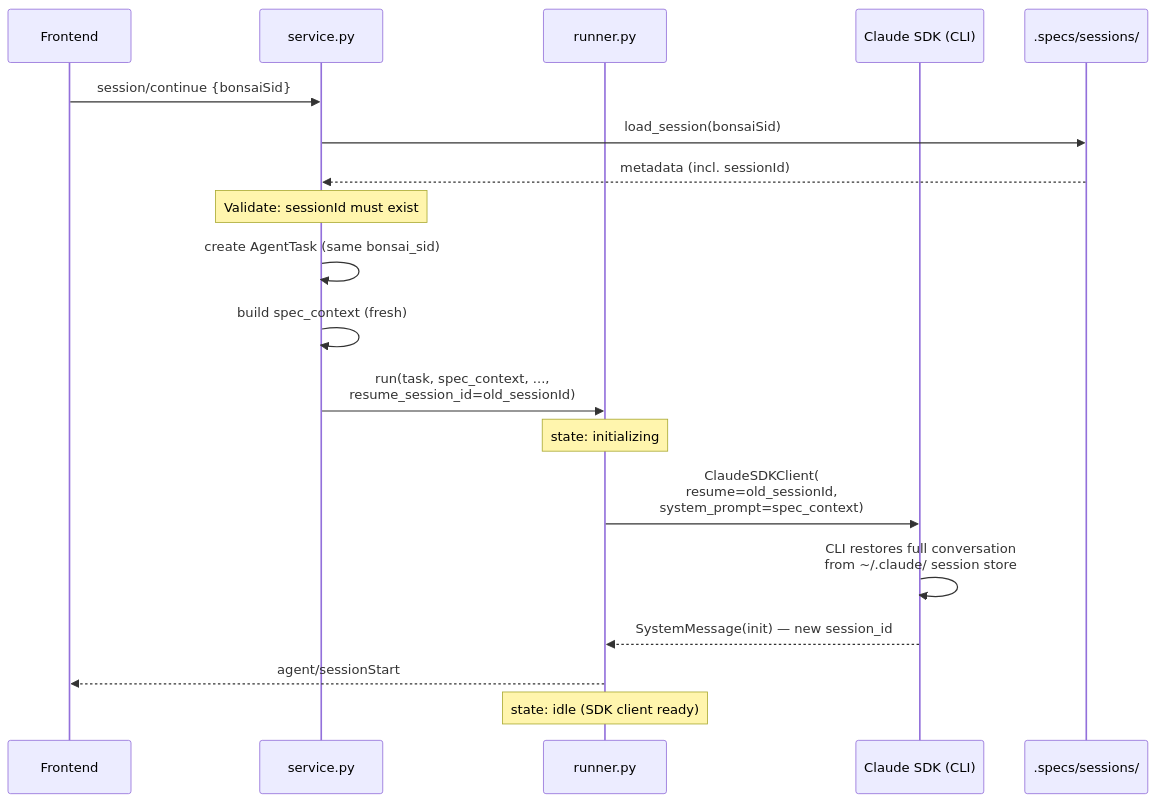
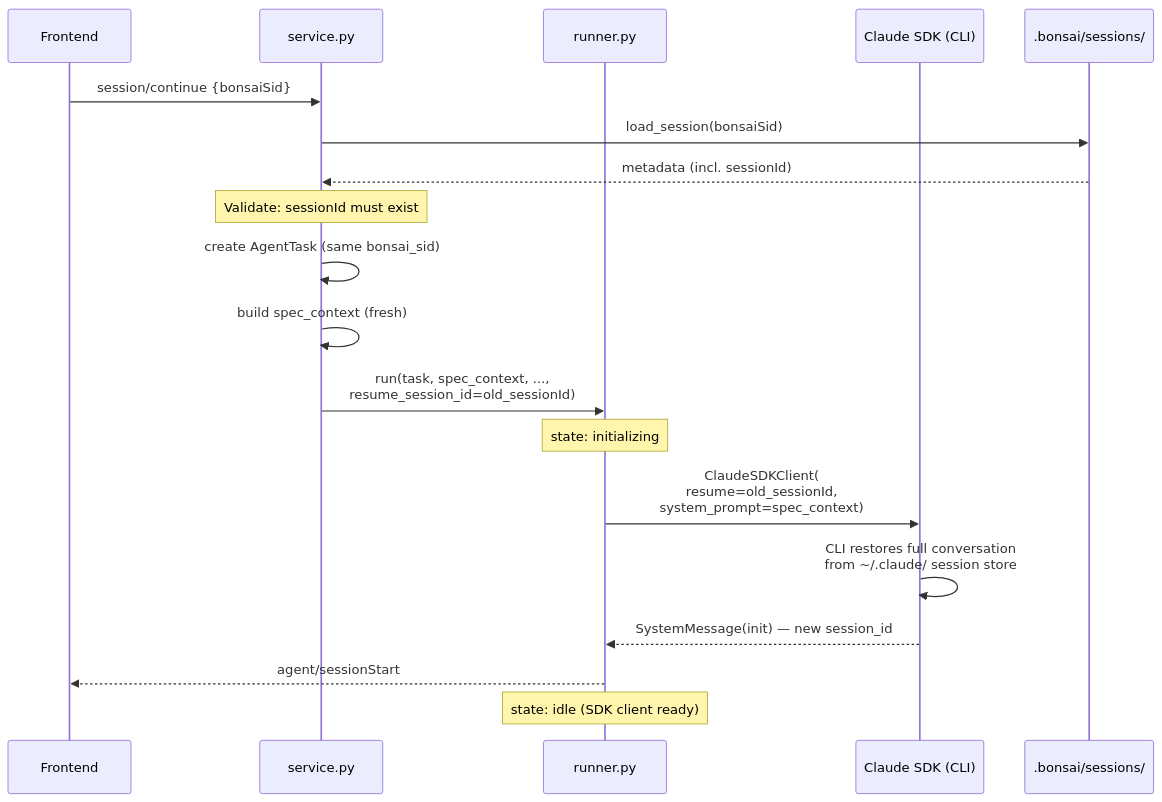
The fourth of 5 diagrams in backend/app/agent/README.md (JetBrains/thinkrail), drawn with Mermaid before and after one commit. The commit also changed 53 other files, not shown here.

Commit message:
.specs -> .bonsai

````diff
--- a/backend/app/agent/README.md
+++ b/backend/app/agent/README.md
@@ -169,26 +169,26 @@
 ```mermaid
 sequenceDiagram
     participant F as Frontend
     participant Svc as service.py
     participant R as runner.py
     participant SDK as Claude SDK (CLI)
-    participant Disk as .specs/sessions/
+    participant Disk as .bonsai/sessions/
 
     F->>Svc: session/continue {bonsaiSid}
     Svc->>Disk: load_session(bonsaiSid)
     Disk-->>Svc: metadata (incl. sessionId)
 
     Note over Svc: Validate: sessionId must exist
 
     Svc->>Svc: create AgentTask (same bonsai_sid)
     Svc->>Svc: build spec_context (fresh)
     Svc->>R: run(task, spec_context, ...,<br/>resume_session_id=old_sessionId)
 
     Note over R: state: initializing
     R->>SDK: ClaudeSDKClient(<br/>  resume=old_sessionId,<br/>  system_prompt=spec_context)
     SDK->>SDK: CLI restores full conversation<br/>from ~/.claude/ session store
     SDK-->>R: SystemMessage(init) — new session_id
 
     R-->>F: agent/sessionStart
     Note over R: state: idle (SDK client ready)
 ```
````
